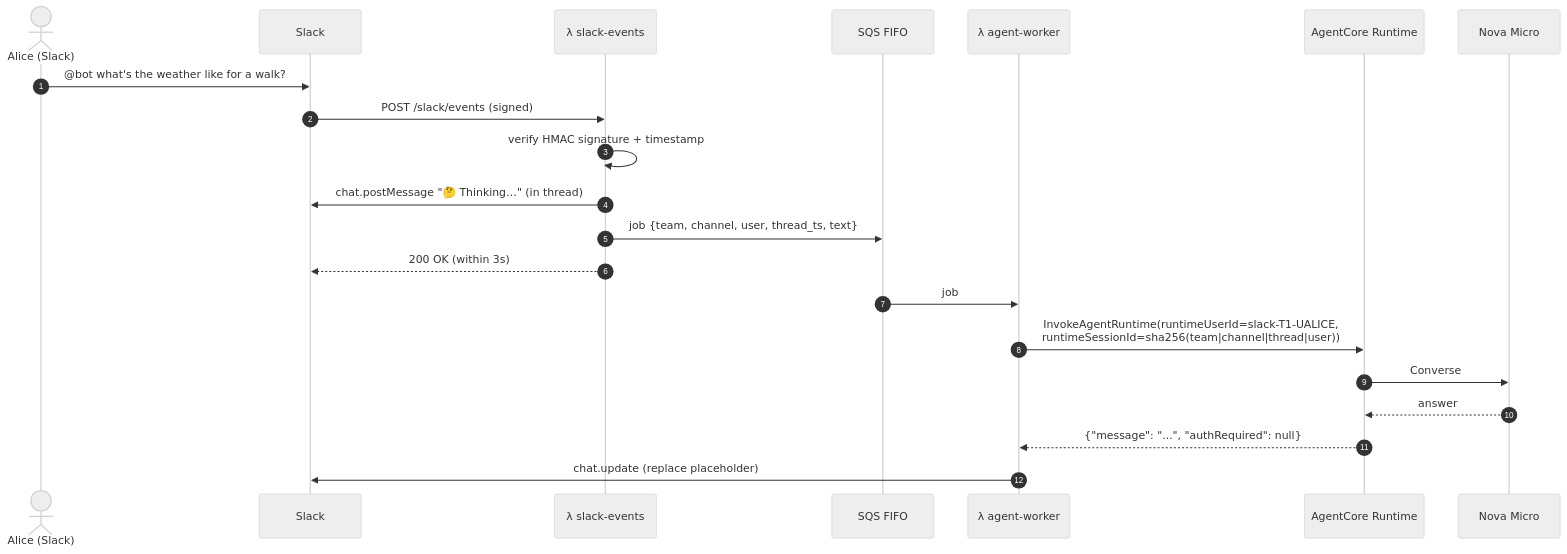
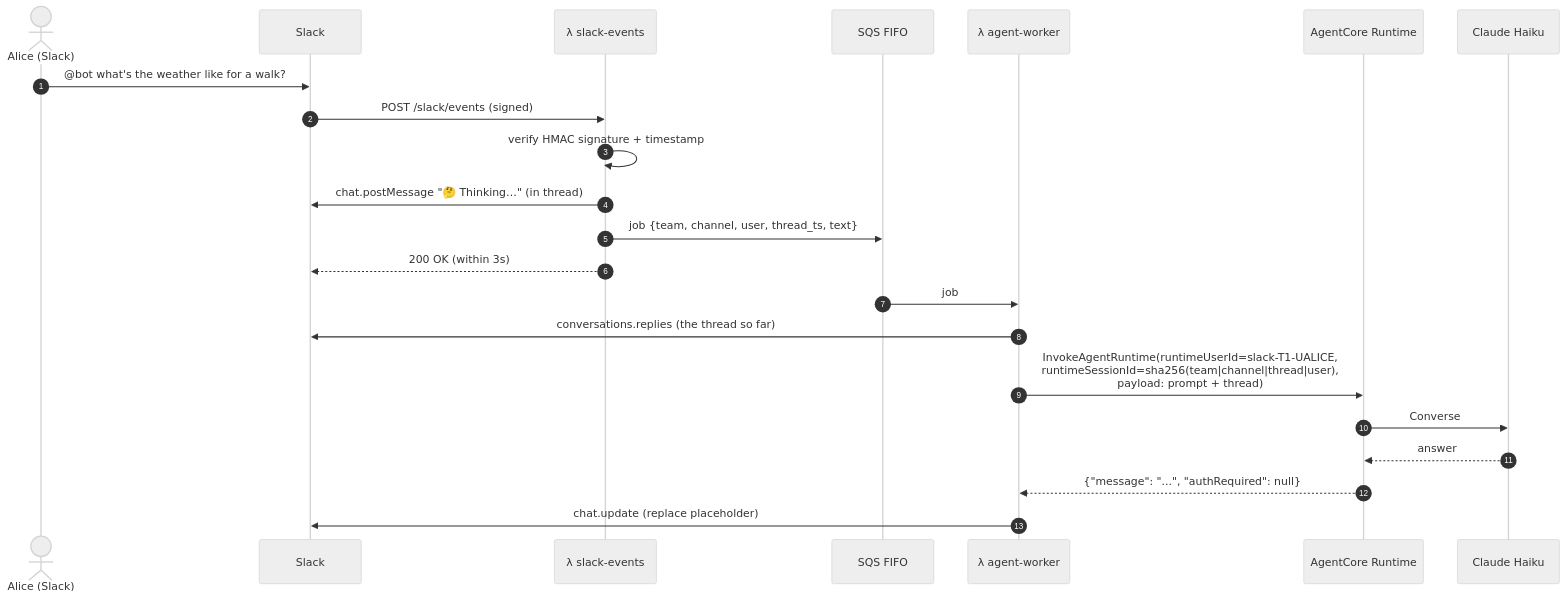
The second of 5 diagrams in docs/architecture.md (agent-runtime-labs/slack-agentcore-app), drawn with Mermaid (neutral theme) before and after one commit. The commit also changed other lines of this file and 30 other files, not shown here.

Commit message:
Use the Slack thread as the bot's context for triage and answers (#21)

````diff
--- a/docs/architecture.md
+++ b/docs/architecture.md
@@ -86,24 +86,25 @@
 ```mermaid
 sequenceDiagram
     autonumber
     actor A as Alice (Slack)
     participant S as Slack
     participant E as λ slack-events
     participant Q as SQS FIFO
     participant W as λ agent-worker
     participant R as AgentCore Runtime
-    participant M as Nova Micro
+    participant M as Claude Haiku
 
     A->>S: @bot what's the weather like for a walk?
     S->>E: POST /slack/events (signed)
     E->>E: verify HMAC signature + timestamp
     E->>S: chat.postMessage "🤔 Thinking…" (in thread)
     E->>Q: job {team, channel, user, thread_ts, text}
     E-->>S: 200 OK (within 3s)
     Q->>W: job
-    W->>R: InvokeAgentRuntime(runtimeUserId=slack-T1-UALICE,<br/>runtimeSessionId=sha256(team|channel|thread|user))
+    W->>S: conversations.replies (the thread so far)
+    W->>R: InvokeAgentRuntime(runtimeUserId=slack-T1-UALICE,<br/>runtimeSessionId=sha256(team|channel|thread|user),<br/>payload: prompt + thread)
     R->>M: Converse
     M-->>R: answer
     R-->>W: {"message": "...", "authRequired": null}
     W->>S: chat.update (replace placeholder)
 ```
````
